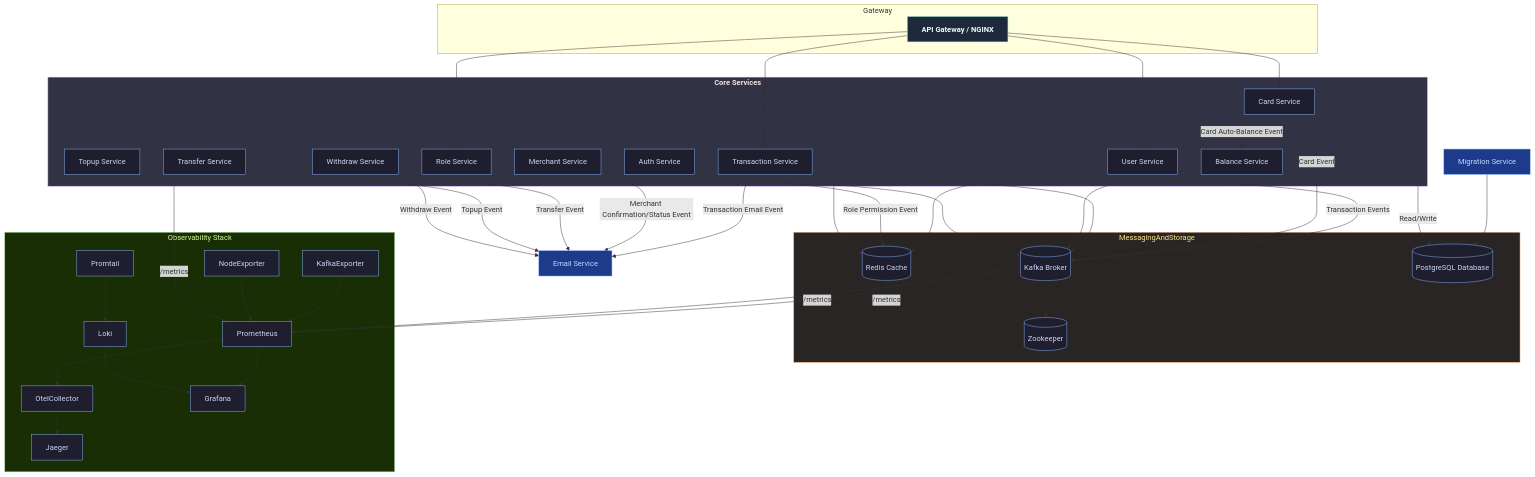
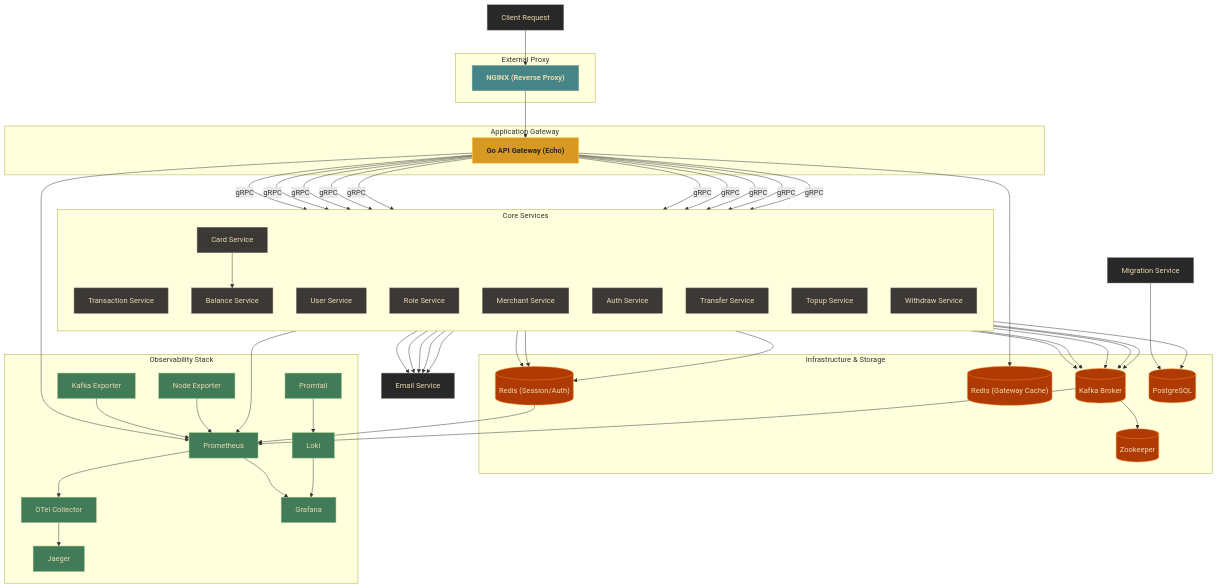
Before and after one commit to MamangRust/monolith-payment-gateway-grpc: the first of 2 diagrams in README.md, drawn with Mermaid. The commit also changed other lines of this file and 1203 other files, not shown here.

Commit message:
refactor: restructure service layers, migrate API gateway handlers, and add k6 load testing suites

````diff
--- a/README.md
+++ b/README.md
@@ -202,128 +154,91 @@
 ```mermaid
 flowchart TD
-    %% ======================
-    %% API Gateway
-    %% ======================
-    subgraph Gateway
-        NGINX[API Gateway / NGINX]
+    subgraph Proxy["External Proxy"]
+        NGINX["NGINX (Reverse Proxy)"]
     end
 
-    %% ======================
-    %% Core Services
-    %% ======================
-    subgraph CoreServices[Core Services]
-        TS[Transaction Service]
-        CS[Card Service]
-        US[User Service]
-        RS[Role Service]
-        MS[Merchant Service]
-        BS[Balance Service]
-        AS[Auth Service]
-        TRS[Transfer Service]
-        TUS[Topup Service]
-        WS[Withdraw Service]
+    subgraph Gateway["Application Gateway"]
+        APIG["Go API Gateway (Echo)"]
     end
 
-    %% ======================
-    %% Messaging & Storage
-    %% ======================
-    subgraph MessagingAndStorage
-        Kafka[(Kafka Broker)]
-        ZK[(Zookeeper)]
-        Redis[(Redis Cache)]
-        DB[(PostgreSQL Database)]
+    subgraph CoreServices["Core Services"]
+        direction TB
+        TS["Transaction Service"]
+        CS["Card Service"]
+        US["User Service"]
+        RS["Role Service"]
+        MS["Merchant Service"]
+        BS["Balance Service"]
+        AS["Auth Service"]
+        TRS["Transfer Service"]
+        TUS["Topup Service"]
+        WS["Withdraw Service"]
     end
 
-    %% ======================
-    %% Observability
-    %% ======================
-    subgraph ObservabilityStack[Observability Stack]
-        Promtail
-        KafkaExporter
-        NodeExporter
-        Prometheus
-        Loki
-        OtelCollector
-        Grafana
-        Jaeger
+    subgraph Storage["Infrastructure & Storage"]
+        Kafka[("Kafka Broker")]
+        ZK[("Zookeeper")]
+        RedisAPIG[("Redis (Gateway Cache)")]
+        RedisCore[("Redis (Session/Auth)")]
+        DB[("PostgreSQL")]
     end
 
-    %% ======================
-    %% Misc Services
-    %% ======================
-    EmailS[Email Service]
-    Migration[Migration Service]
+    subgraph Observability["Observability Stack"]
+        Promtail["Promtail"]
+        KafkaExporter["Kafka Exporter"]
+        NodeExporter["Node Exporter"]
+        Prometheus["Prometheus"]
+        Loki["Loki"]
+        OtelCollector["OTel Collector"]
+        Grafana["Grafana"]
+        Jaeger["Jaeger"]
+    end
 
-    %% ======================
-    %% Gateway Connections
-    %% ======================
-    NGINX --> TS
-    NGINX --> CS
-    NGINX --> US
-    NGINX --> RS
+    EmailS["Email Service"]
+    Migration["Migration Service"]
 
-    %% ======================
-    %% Core Service Connections
-    %% ======================
-    TS -->|Transaction Events| Kafka
-    TS -->|Transaction Email Event| EmailS
-    CS -->|Card Auto-Balance Event| BS
-    CS -->|Card Event| Kafka
-    US --> Redis
-    RS -->|Role Permission Event| Redis
-    MS -->|Merchant Confirmation/Status Event| EmailS
-    MS --> Kafka
+    %% Traffic Flow
+    Client["Client Request"] --> NGINX
+    NGINX --> APIG
+    APIG -->|gRPC| TS & CS & US & RS & MS & BS & AS & TRS & TUS & WS
+    
+    APIG --> RedisAPIG
+
+    TS --> Kafka
+    TS --> EmailS
+    CS --> BS
+    CS --> Kafka
+    US --> RedisCore
+    RS --> RedisCore
+    MS --> EmailS & Kafka
     BS --> Kafka
-    TRS -->|Transfer Event| EmailS
-    TUS -->|Topup Event| EmailS
-    WS -->|Withdraw Event| EmailS
-    WS --> Kafka
+    TRS --> EmailS
+    TUS --> EmailS
+    WS --> EmailS & Kafka
 
-    %% ======================
-    %% Core Services <-> DB
-    %% ======================
-    CoreServices -->|Read/Write| DB
+    CoreServices --> DB
+    Migration --> DB
+    Kafka --> ZK
+    CoreServices --> RedisCore
 
-    %% ======================
-    %% Migration -> Database
-    %% ======================
-    Migration --> DB
+    %% Observability Connections
+    CoreServices & APIG & RedisCore & Kafka --> Prometheus
+    Promtail --> Loki
+    KafkaExporter & NodeExporter --> Prometheus
+    Prometheus & Loki --> Grafana
+    Prometheus --> OtelCollector --> Jaeger
 
-    %% ======================
-    %% Kafka & Redis Connections
-    %% ======================
-    Kafka --> ZK
-    CoreServices --> Redis
+    %% Styling
+    classDef default fill:#282828,stroke:#928374,color:#ebdbb2;
+    classDef proxy fill:#458588,stroke:#83a598,color:#ebdbb2,font-weight:bold;
+    classDef gateway fill:#d79921,stroke:#fabd2f,color:#282828,font-weight:bold;
+    classDef secondary fill:#3c3836,stroke:#7c6f64,color:#ebdbb2;
+    classDef infra fill:#af3a03,stroke:#fe8019,color:#ebdbb2;
+    classDef obs fill:#427b58,stroke:#8ec07c,color:#ebdbb2;
 
-    %% ======================
-    %% Observability Connections
-    %% ======================
-    CoreServices -->|/metrics| Prometheus
-    Redis -->|/metrics| Prometheus
-    Kafka -->|/metrics| Prometheus
-    Promtail --> Loki
-    KafkaExporter --> Prometheus
-    NodeExporter --> Prometheus
-    Prometheus --> Grafana
-    Loki --> Grafana
-    Prometheus --> OtelCollector
-    OtelCollector --> Jaeger
-
-
-    classDef default fill:#1e1e2e,stroke:#89b4fa,color:#cdd6f4,stroke-width:1px;
-    classDef gateway fill:#1e293b,stroke:#94e2d5,color:#f0fdfa,font-weight:bold;
-    classDef core fill:#313244,stroke:#cba6f7,color:#f5e0dc,font-weight:bold;
-    classDef infra fill:#292524,stroke:#fab387,color:#fde68a;
-    classDef observ fill:#1a2e05,stroke:#a6e3a1,color:#d9f99d;
-    classDef misc fill:#1e3a8a,stroke:#89b4fa,color:#bfdbfe;
-
-
-
-    %% Assign classes
-    class NGINX gateway;
-    class CoreServices core;
-    class MessagingAndStorage infra;
-    class ObservabilityStack observ;
-    class EmailS,Migration misc;
-
+    class NGINX proxy;
+    class APIG gateway;
+    class TS,CS,US,RS,MS,BS,AS,TRS,TUS,WS secondary;
+    class Kafka,ZK,RedisAPIG,RedisCore,DB infra;
+    class Prometheus,Loki,Grafana,Jaeger,OtelCollector,Promtail,KafkaExporter,NodeExporter obs;
 ```
````
